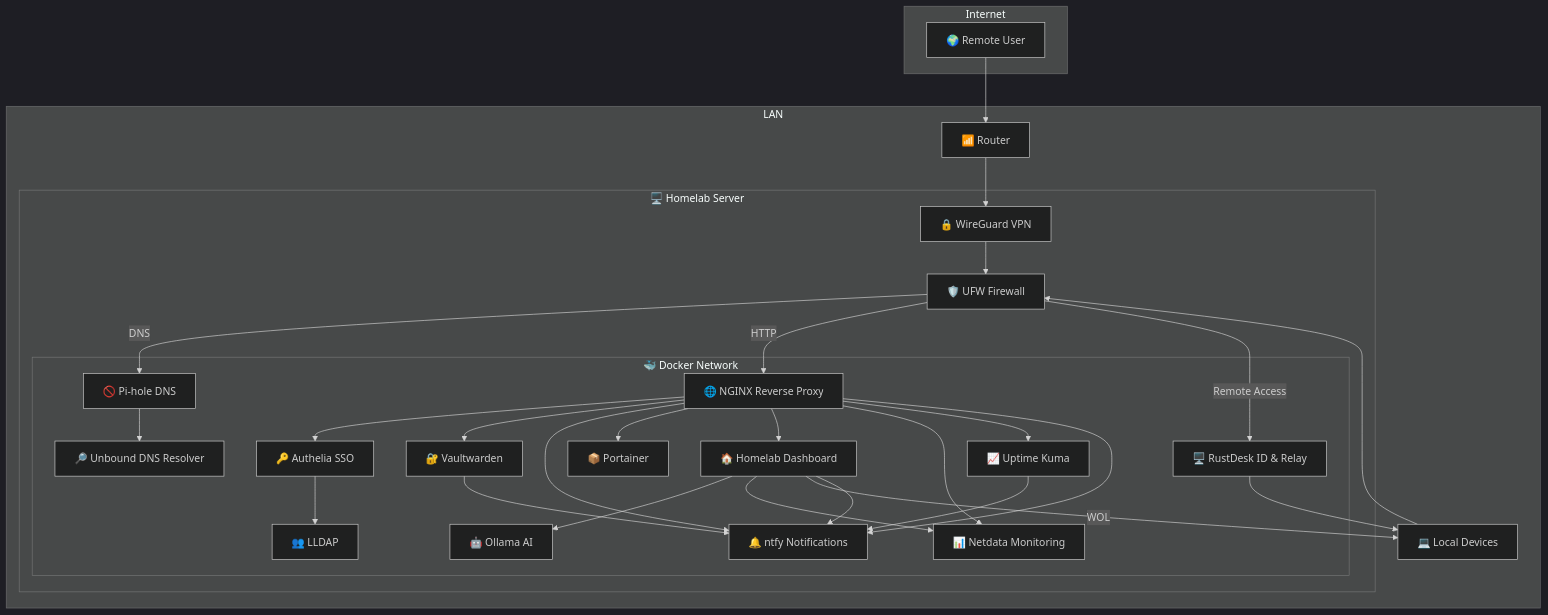
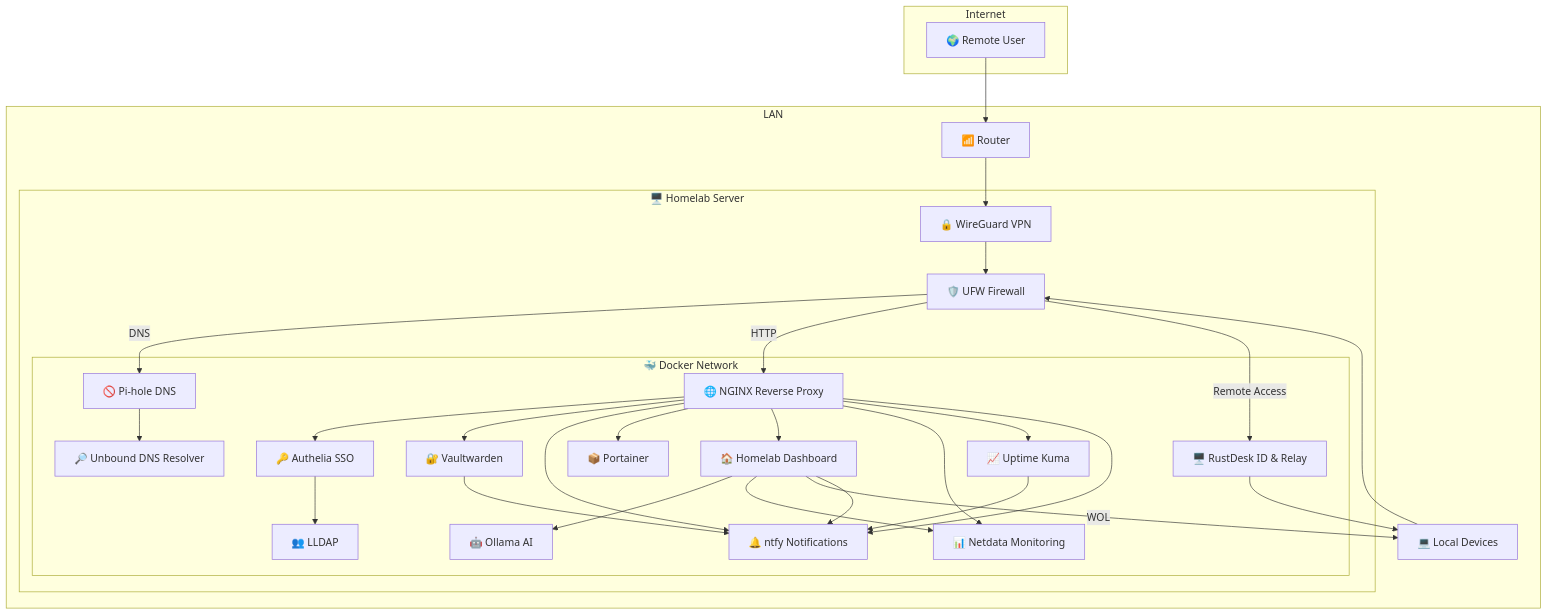
One commit to satsinush/homelab changed the diagram in README.md. Above: the diagram before and after it, drawn with Mermaid.

Commit message:
Smplified mermaid code

````diff
--- a/README.md
+++ b/README.md
@@ -54,71 +54,50 @@
 ```mermaid
-%%{init: {
-    "theme": "dark"
-}}%%
 graph TD
-    %% INTERNET
     subgraph Internet
         RemoteClient[🌍 Remote User]
     end
-
-    %% LAN
     subgraph LAN
         Router[📶 Router]
         LocalClient[💻 Local Devices]
-
         subgraph Server[🖥️ Homelab Server]
             WireGuard[🔒 WireGuard VPN]
             UFW[🛡️ UFW Firewall]
-
             subgraph Docker[🐳 Docker Network]
                 Nginx[🌐 NGINX Reverse Proxy]
                 Authelia[🔑 Authelia SSO]
                 Vaultwarden[🔐 Vaultwarden]
                 Portainer[📦 Portainer]
                 Dashboard[🏠 Homelab Dashboard]
                 Ollama[🤖 Ollama AI]
                 Netdata[📊 Netdata Monitoring]
                 UptimeKuma[📈 Uptime Kuma]
                 Ntfy[🔔 ntfy Notifications]
                 LLDAP[👥 LLDAP]
                 Pihole[🚫 Pi-hole DNS]
                 Unbound[🔎 Unbound DNS Resolver]
                 Rustdesk[🖥️ RustDesk ID & Relay]
             end
         end
     end
-
-    %% Entry chain
     RemoteClient --> Router --> WireGuard --> UFW
     LocalClient --> UFW
-
-    %% DNS chain
     Pihole --> Unbound
     UFW -->|DNS| Pihole
-
-    %% Firewall routes
     UFW -->|HTTP| Nginx
     UFW -->|Remote Access| Rustdesk --> LocalClient
-
-    %% Proxy/Auth flows
     Nginx --> Authelia
     Nginx --> Vaultwarden
     Nginx --> Ntfy
     Nginx --> Portainer
     Nginx --> Dashboard
     Nginx --> Netdata
     Nginx --> UptimeKuma
     Nginx --> Ntfy
-
     Authelia --> LLDAP
-
-    %% Dashboard flows
     Dashboard --> Ollama
     Dashboard --> Netdata
     Dashboard -->|WOL| LocalClient
     Dashboard --> Ntfy
-
-    %% Notifications
     UptimeKuma --> Ntfy
     Vaultwarden --> Ntfy
 ```
````
